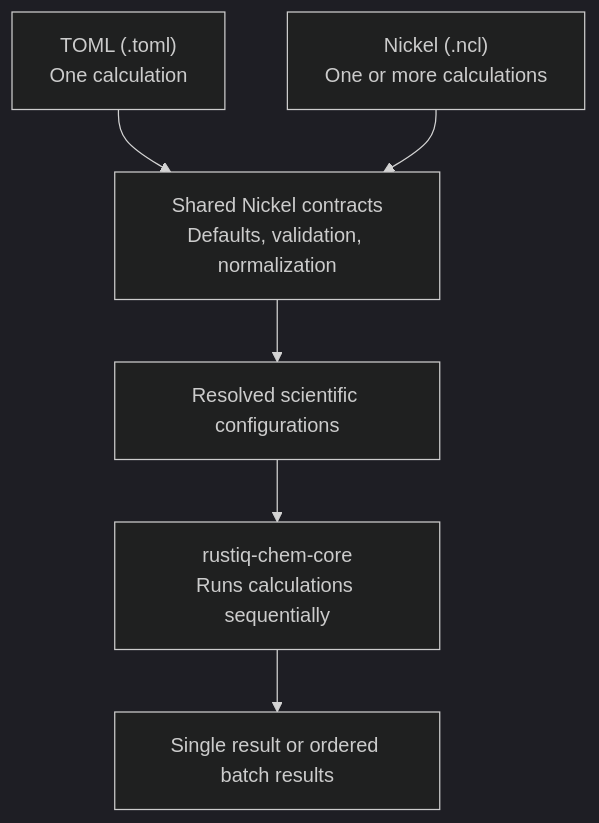
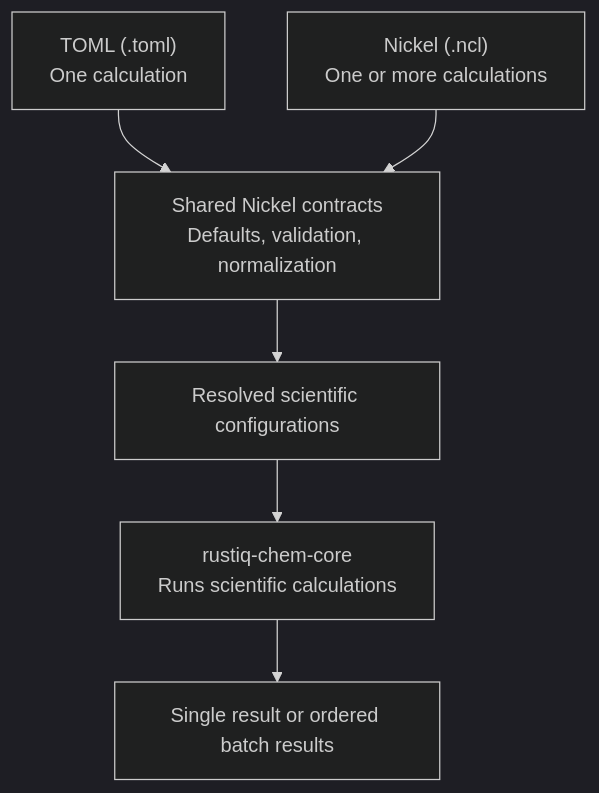
Before and after one commit to mveril/RustiQ: the diagram in docs/src/user-guide/calculation-inputs.md, drawn with Mermaid (dark theme). The commit also changed 2 other files, not shown here.

Commit message:
Clarify input flow documentation

````diff
--- a/docs/src/user-guide/calculation-inputs.md
+++ b/docs/src/user-guide/calculation-inputs.md
@@ -18,24 +18,24 @@
 ```mermaid
 ---
 config:
   flowchart:
     htmlLabels: false
 ---
 flowchart TD
     TOML["`TOML (.toml)
 One calculation`"]
     NICKEL["`Nickel (.ncl)
 One or more calculations`"]
     CONTRACTS["`Shared Nickel contracts
 Defaults, validation, normalization`"]
     INPUTS["Resolved scientific configurations"]
     CORE["`rustiq-chem-core
-Runs calculations sequentially`"]
+Runs scientific calculations`"]
     RESULTS["Single result or ordered batch results"]
 
     TOML --> CONTRACTS
     NICKEL --> CONTRACTS
     CONTRACTS --> INPUTS
     INPUTS --> CORE
     CORE --> RESULTS
 ```
````
